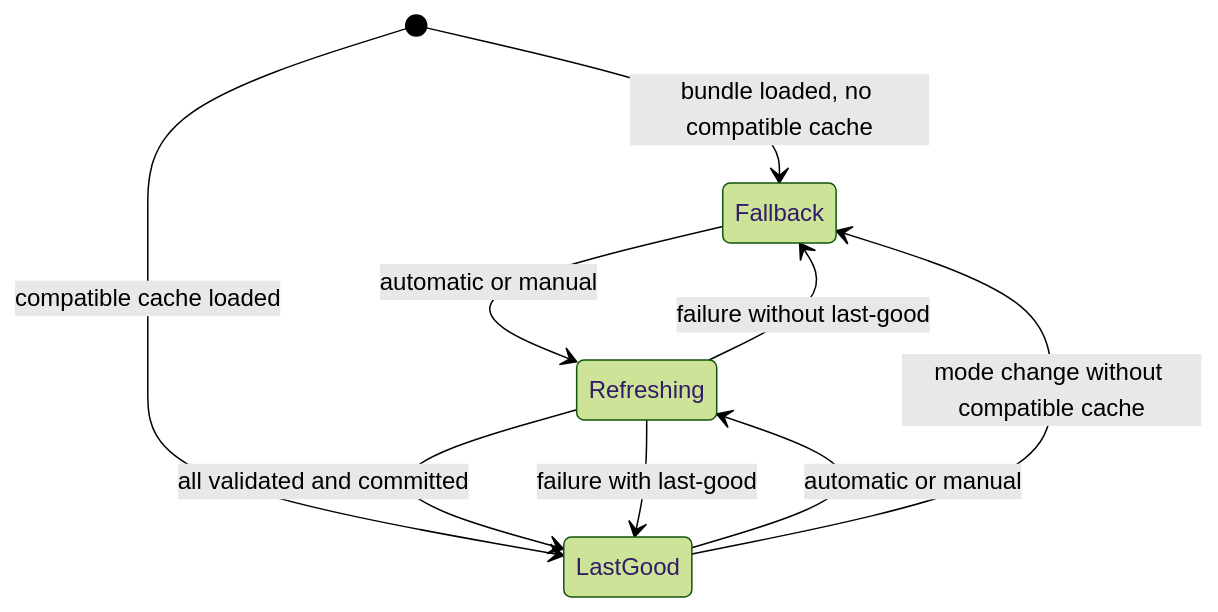
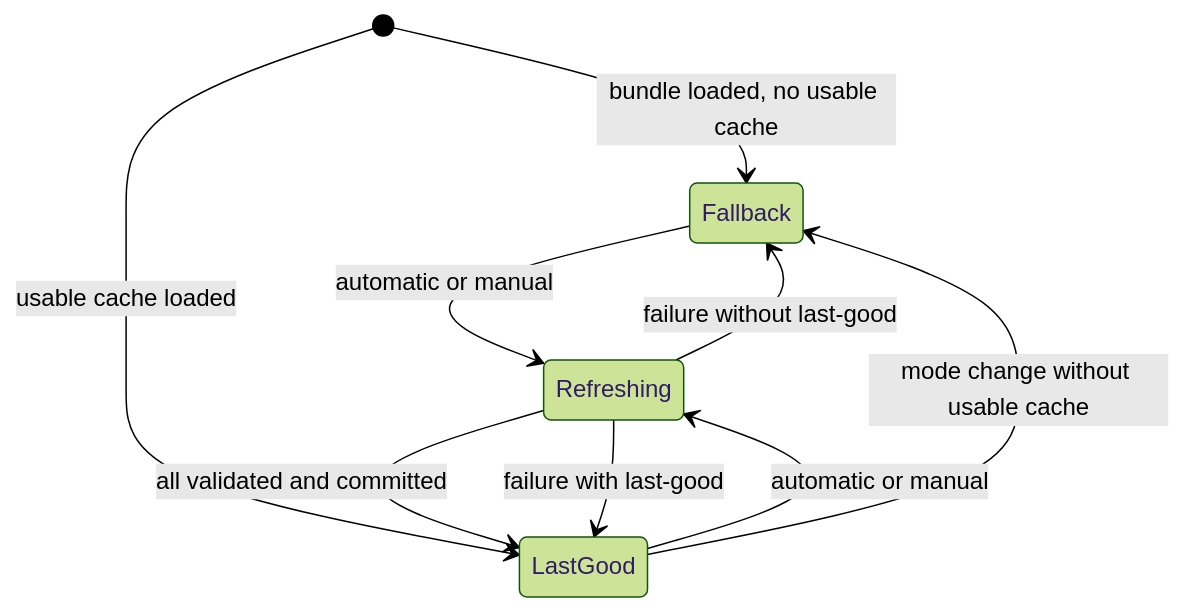
One commit to sh1ny/blackgrid changed the second of 4 diagrams in openspec/changes/add-live-map-data/design.md. Above: the diagram before and after it, drawn with Mermaid (forest theme). The commit also changed other lines of this file and 37 other files, not shown here.

````diff
--- a/openspec/changes/add-live-map-data/design.md
+++ b/openspec/changes/add-live-map-data/design.md
@@ -143,11 +143,11 @@
 ```mermaid
 stateDiagram-v2
-  [*] --> Fallback: bundle loaded, no compatible cache
-  [*] --> LastGood: compatible cache loaded
+  [*] --> Fallback: bundle loaded, no usable cache
+  [*] --> LastGood: usable cache loaded
   Fallback --> Refreshing: automatic or manual
   LastGood --> Refreshing: automatic or manual
   Refreshing --> LastGood: all validated and committed
   Refreshing --> LastGood: failure with last-good
   Refreshing --> Fallback: failure without last-good
-  LastGood --> Fallback: mode change without compatible cache
+  LastGood --> Fallback: mode change without usable cache
 ```
````
